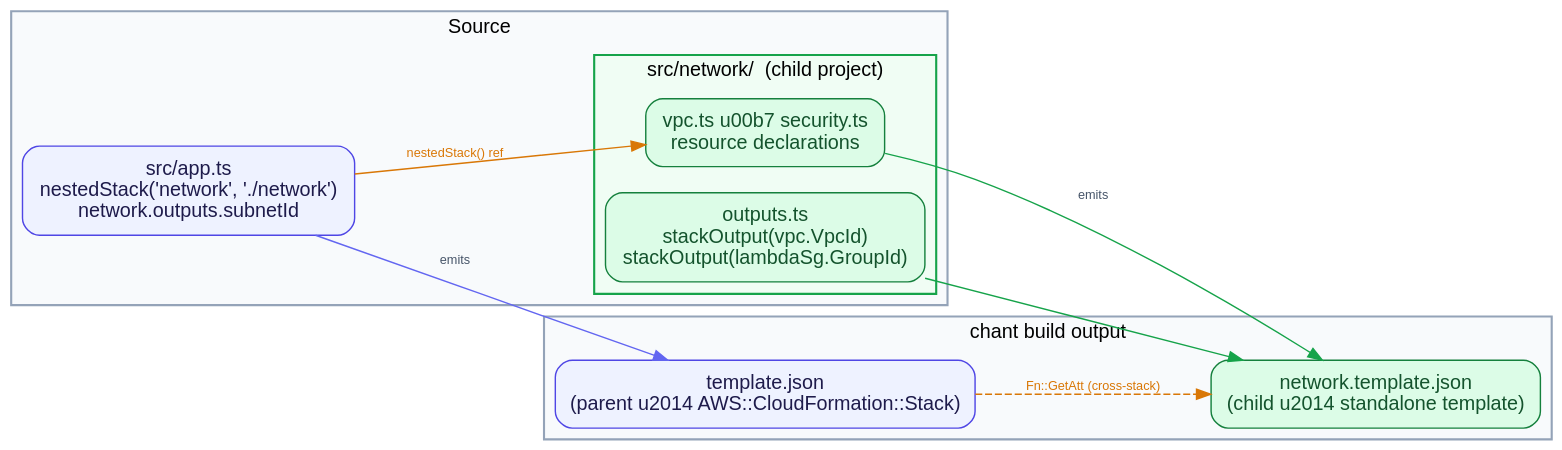
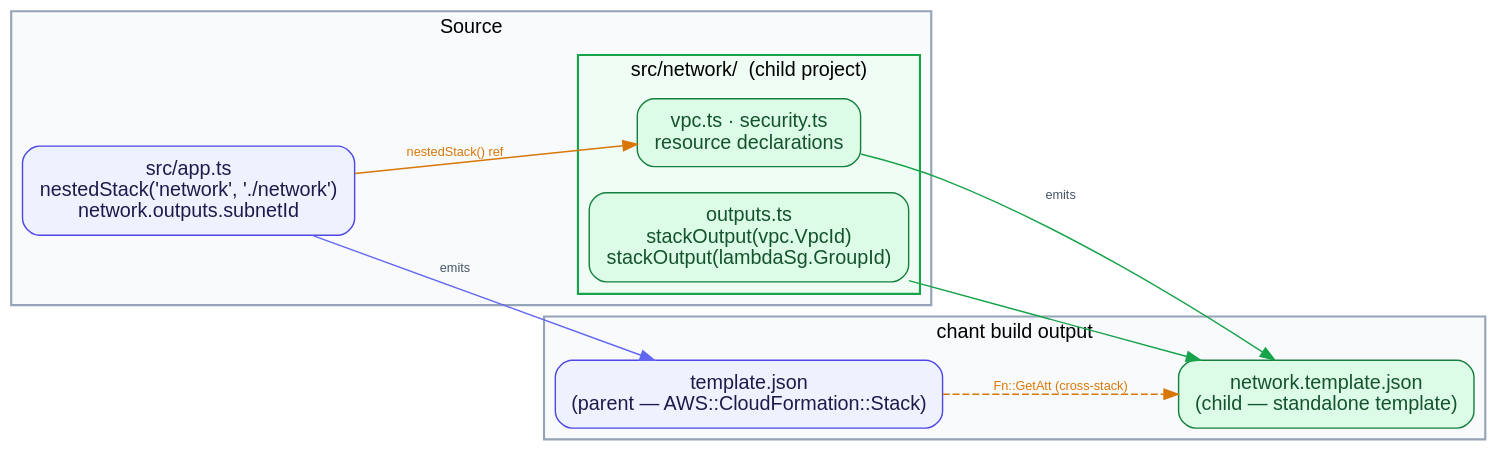
Before and after one commit to INTENTIUS/chant: the diagram in docs/diagrams/multi-stack-projects.dot, drawn with Graphviz. The commit also changed 17 other files, not shown here.

```diff
--- a/docs/diagrams/multi-stack-projects.dot
+++ b/docs/diagrams/multi-stack-projects.dot
@@ -1,34 +1,34 @@
 digraph multi_stack {
   rankdir=LR
   graph [fontname="Helvetica,Arial,sans-serif" bgcolor="transparent" pad="0.5" ranksep="1.0" compound=true]
   node  [fontname="Helvetica,Arial,sans-serif" shape=box style="filled,rounded" margin="0.2,0.12"]
   edge  [fontname="Helvetica,Arial,sans-serif" fontsize=9 fontcolor="#475569"]
 
   subgraph cluster_src {
     label="Source" style=filled fillcolor="#F8FAFC" color="#94A3B8" penwidth=1.5
     fontname="Helvetica,Arial,sans-serif"
 
     app [label="src/app.ts\nnestedStack('network', './network')\nnetwork.outputs.subnetId"
          fillcolor="#EEF2FF" color="#4F46E5" fontcolor="#1E1B4B"]
 
     subgraph cluster_child {
       label="src/network/  (child project)" style=filled fillcolor="#F0FDF4" color="#16A34A" penwidth=1.5
       fontname="Helvetica,Arial,sans-serif"
-      csrc [label="vpc.ts \u00b7 security.ts\nresource declarations" fillcolor="#DCFCE7" color="#15803D" fontcolor="#14532D"]
+      csrc [label="vpc.ts · security.ts\nresource declarations" fillcolor="#DCFCE7" color="#15803D" fontcolor="#14532D"]
       cout [label="outputs.ts\nstackOutput(vpc.VpcId)\nstackOutput(lambdaSg.GroupId)"   fillcolor="#DCFCE7" color="#15803D" fontcolor="#14532D"]
     }
   }
 
   subgraph cluster_dist {
     label="chant build output" style=filled fillcolor="#F8FAFC" color="#94A3B8" penwidth=1.5
     fontname="Helvetica,Arial,sans-serif"
-    ptmpl [label="template.json\n(parent \u2014 AWS::CloudFormation::Stack)"  fillcolor="#EEF2FF" color="#4F46E5" fontcolor="#1E1B4B"]
-    ctmpl [label="network.template.json\n(child \u2014 standalone template)"   fillcolor="#DCFCE7" color="#15803D" fontcolor="#14532D"]
+    ptmpl [label="template.json\n(parent — AWS::CloudFormation::Stack)"  fillcolor="#EEF2FF" color="#4F46E5" fontcolor="#1E1B4B"]
+    ctmpl [label="network.template.json\n(child — standalone template)"   fillcolor="#DCFCE7" color="#15803D" fontcolor="#14532D"]
   }
 
   app   -> csrc  [label="nestedStack() ref"       color="#D97706" fontcolor="#D97706"]
   app   -> ptmpl [label="emits"                   color="#6366F1"]
   csrc  -> ctmpl [label="emits"                   color="#16A34A"]
   cout  -> ctmpl [color="#16A34A"]
   ptmpl -> ctmpl [label="Fn::GetAtt (cross-stack)" color="#D97706" fontcolor="#D97706" style=dashed]
 }
```
